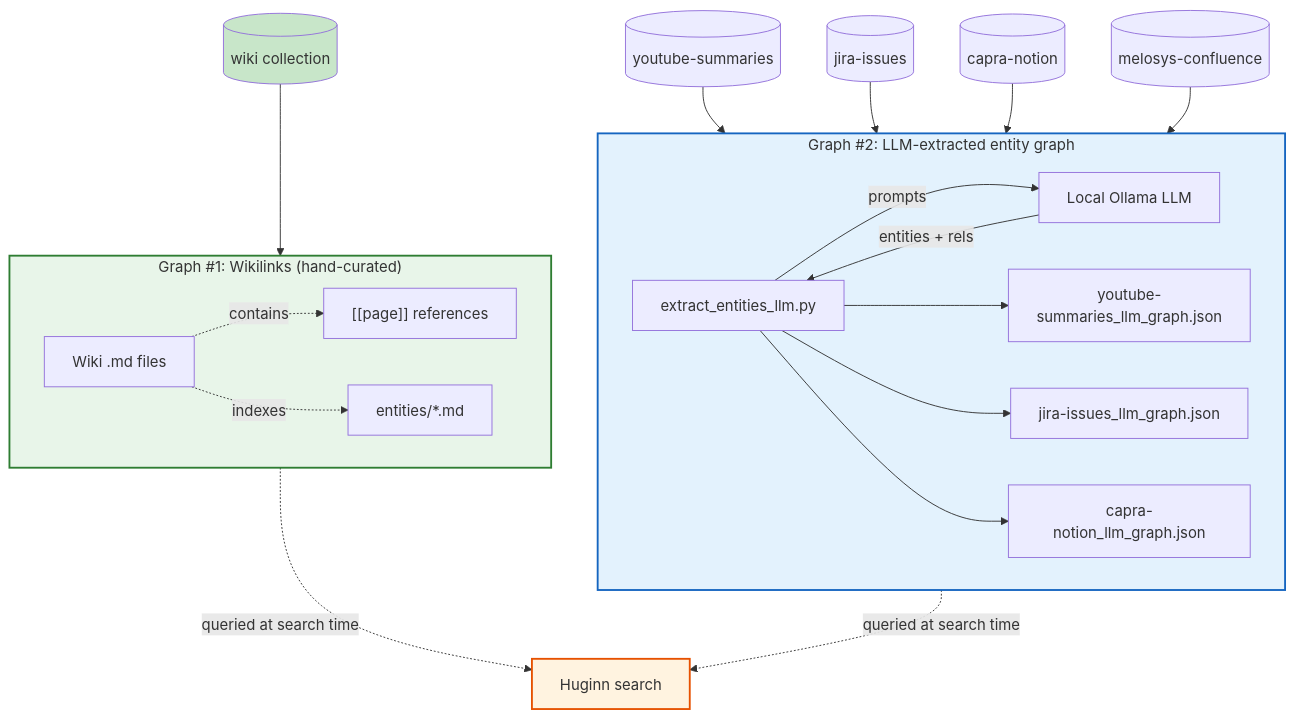
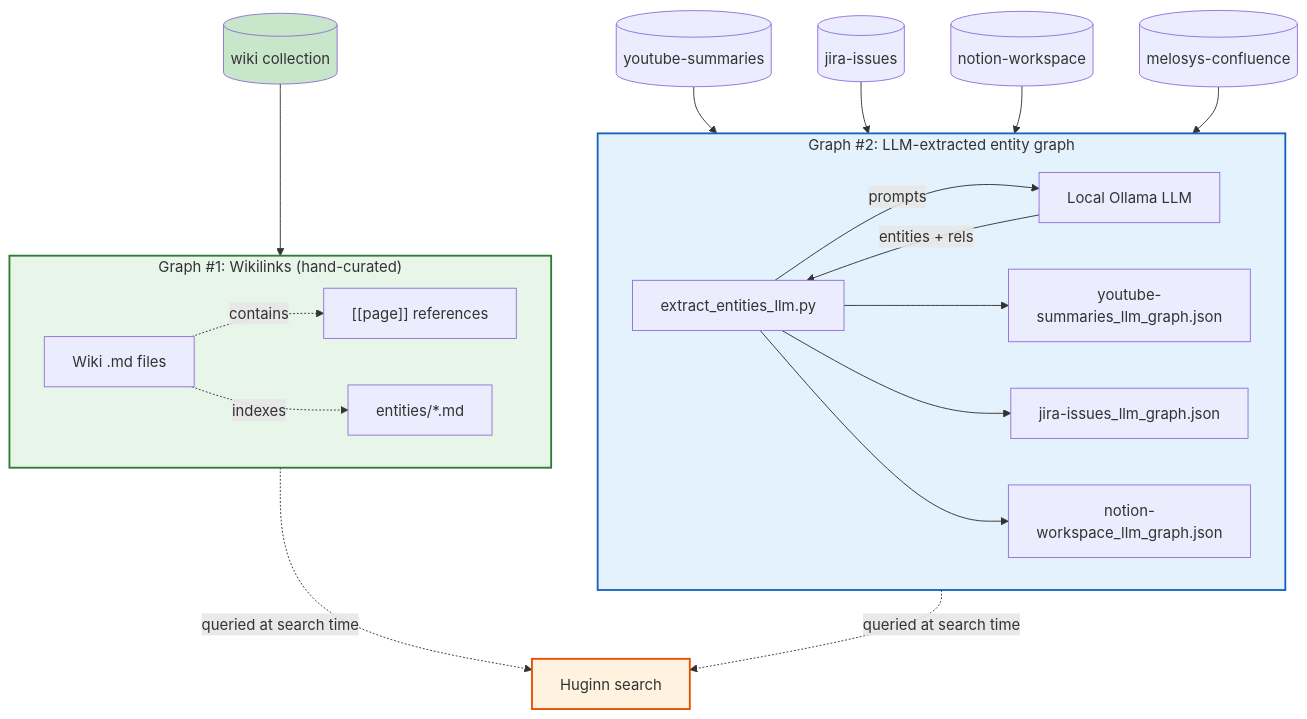
One commit to RuneLind/huginn changed the first of 6 diagrams in docs/knowledge-graph-when-to-use-what.md. Above: the diagram before and after it, drawn with Mermaid. The commit also changed other lines of this file and 9 other files, not shown here.

````diff
--- a/docs/knowledge-graph-when-to-use-what.md
+++ b/docs/knowledge-graph-when-to-use-what.md
@@ -16,37 +16,37 @@
 ```mermaid
 flowchart TB
     subgraph G1[" Graph #1: Wikilinks (hand-curated) "]
         WIKI[Wiki .md files]
         ENT[entities/*.md]
         LINKS["[[page]] references"]
         WIKI -.contains.-> LINKS
         WIKI -.indexes.-> ENT
     end
 
     subgraph G2[" Graph #2: LLM-extracted entity graph "]
         SCRIPT[extract_entities_llm.py]
         OLLAMA[Local Ollama LLM]
         JSON1["youtube-summaries_llm_graph.json"]
         JSON2["jira-issues_llm_graph.json"]
-        JSON3["capra-notion_llm_graph.json"]
+        JSON3["notion-workspace_llm_graph.json"]
         SCRIPT -->|prompts| OLLAMA
         OLLAMA -->|entities + rels| SCRIPT
         SCRIPT --> JSON1
         SCRIPT --> JSON2
         SCRIPT --> JSON3
     end
 
     WIKICOLL[(wiki collection)] --> G1
     YT[(youtube-summaries)] --> G2
     JIRA[(jira-issues)] --> G2
-    CAPRA[(capra-notion)] --> G2
+    NOTION[(notion-workspace)] --> G2
     CONF[(melosys-confluence)] --> G2
 
     G1 -.queried at search time.-> SEARCH[Huginn search]
     G2 -.queried at search time.-> SEARCH
 
     style G1 fill:#e8f5e9,stroke:#2e7d32,stroke-width:2px
     style G2 fill:#e3f2fd,stroke:#1565c0,stroke-width:2px
     style WIKICOLL fill:#c8e6c9
     style SEARCH fill:#fff3e0,stroke:#e65100,stroke-width:2px
 ```
````
